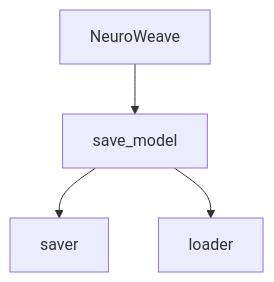
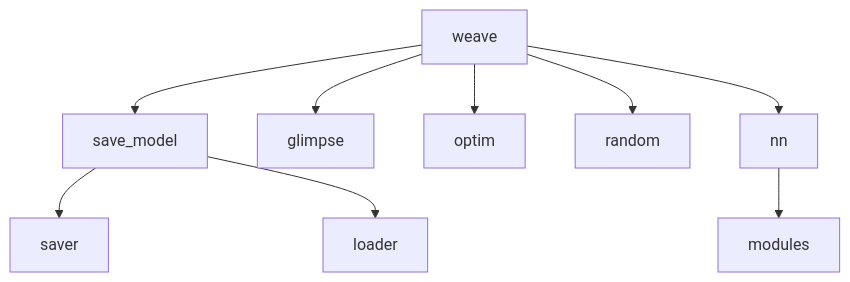
Before and after one commit to stas-gatin/NeuroWeave: the diagram in README.md, drawn with Mermaid.

````diff
--- a/README.md
+++ b/README.md
@@ -46,6 +46,11 @@
 ```mermaid
 graph TD;
-    NeuroWeave-->save_model;
+    weave-->save_model;
+    weave-->glimpse;
+    weave-->optim;
+    weave-->random;
+    weave-->nn;
+    nn-->modules;
     save_model-->saver;
     save_model-->loader;
 ```
````
